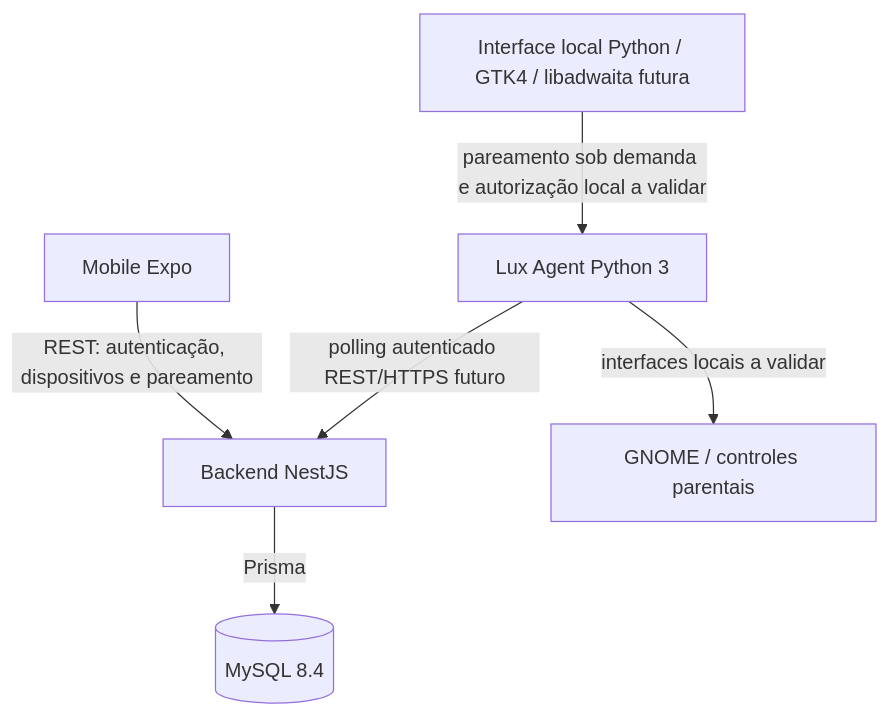
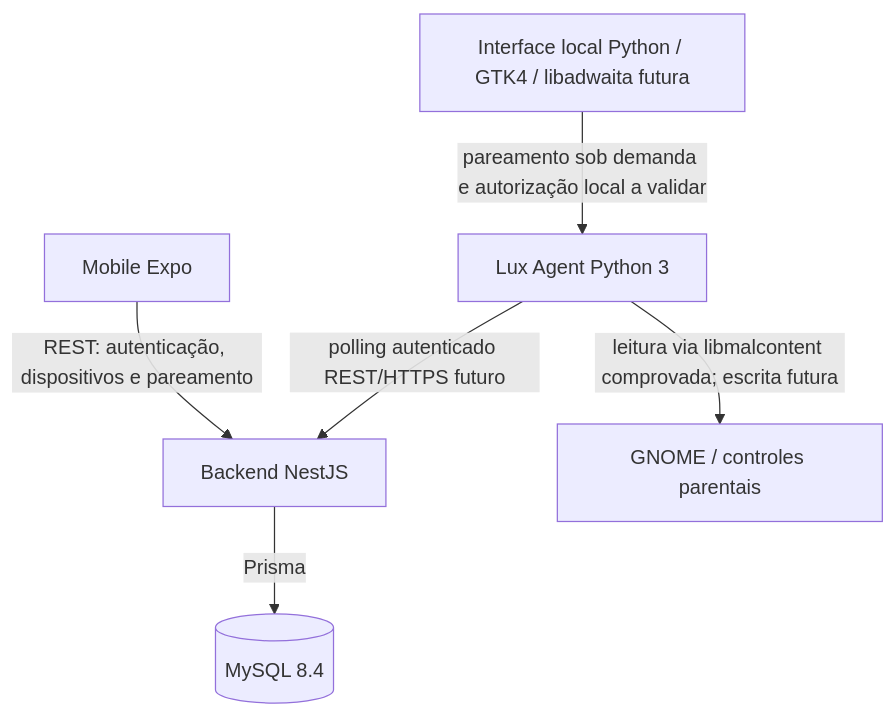
The diagram in docs/architecture.md (cfrans/Projeto-Integrador-FatecID-5Sem), drawn with Mermaid before and after one commit. The commit also changed other lines of this file and 4 other files, not shown here.

````diff
--- a/docs/architecture.md
+++ b/docs/architecture.md
@@ -5,8 +5,8 @@
 ```mermaid
 flowchart TD
     M[Mobile Expo] -->|REST: autenticação, dispositivos e pareamento| B[Backend NestJS]
     A[Lux Agent Python 3] -->|polling autenticado REST/HTTPS futuro| B[Backend NestJS]
-    A -->|interfaces locais a validar| G[GNOME / controles parentais]
+    A -->|leitura via libmalcontent comprovada; escrita futura| G[GNOME / controles parentais]
     B -->|Prisma| D[(MySQL 8.4)]
     U[Interface local Python / GTK4 / libadwaita futura] -->|pareamento sob demanda e autorização local a validar| A
 ```
````
